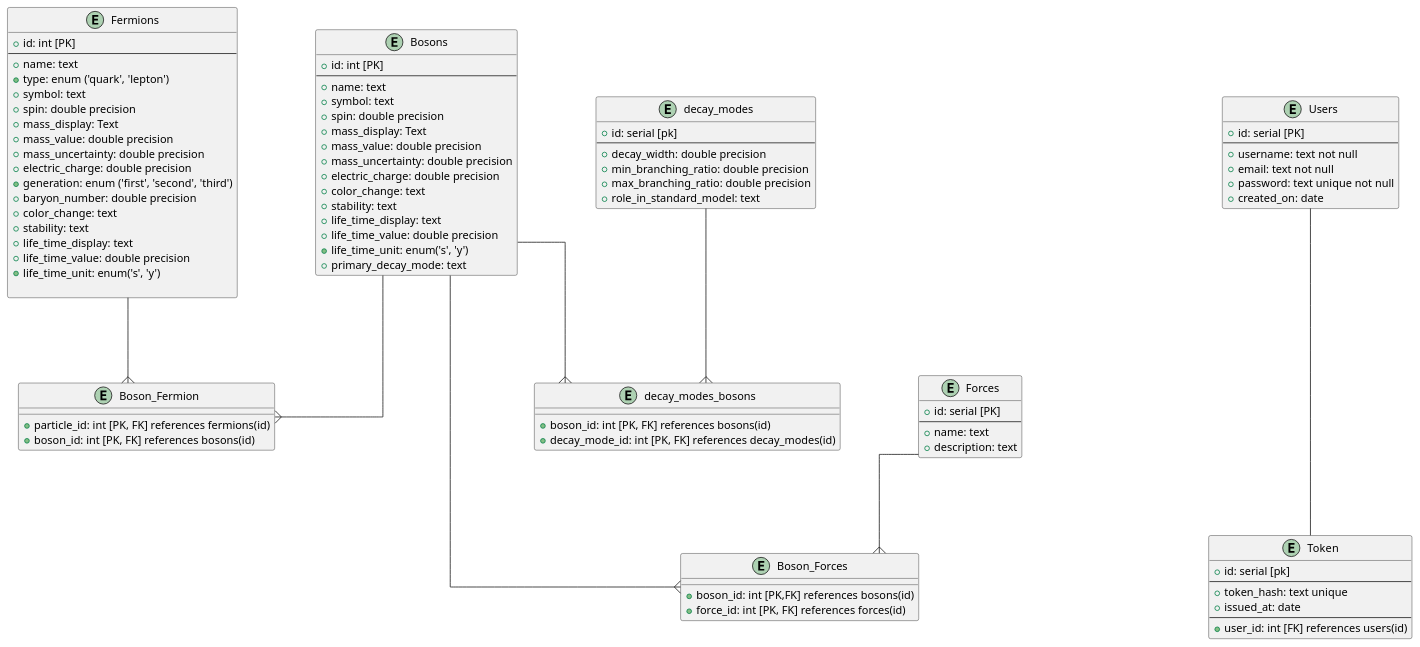
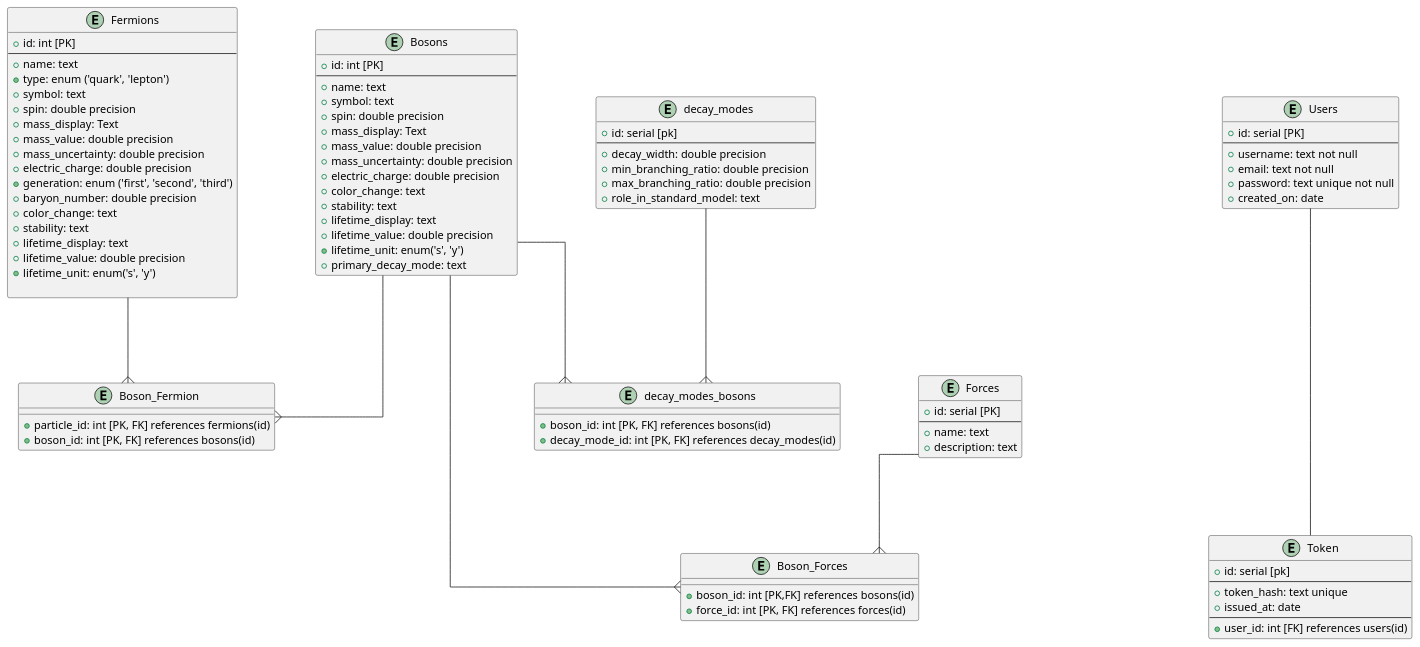
One commit to therakius/particles-api changed the diagram in particles-erd.puml. Above: the diagram before and after it, drawn with PlantUML.

Commit message:
fixed typo in lifetime

```diff
--- a/particles-erd.puml
+++ b/particles-erd.puml
@@ -1,113 +1,113 @@
 @startuml particles_database
 skinparam {
     Nodesep 100
     Ranksep 100
     Linetype ortho
 }
 
 skinparam entity {
     BackgroundColor LightBlue
     FontSize 14
     ArrowThickness 1
 }
 
 entity "Fermions" as fermions {
     +id: int [PK]
     --
     +name: text
     +type: enum ('quark', 'lepton')
     +symbol: text
     +spin: double precision
     +mass_display: Text
     +mass_value: double precision
     +mass_uncertainty: double precision
     +electric_charge: double precision
     +generation: enum ('first', 'second', 'third')
     +baryon_number: double precision
     +color_change: text
     +stability: text
-    +life_time_display: text
-    +life_time_value: double precision
-    +life_time_unit: enum('s', 'y')
+    +lifetime_display: text
+    +lifetime_value: double precision
+    +lifetime_unit: enum('s', 'y')
 
 }
 
 entity "Bosons" as bosons {
     +id: int [PK]
     --
     +name: text
     +symbol: text
     +spin: double precision
     +mass_display: Text
     +mass_value: double precision
     +mass_uncertainty: double precision
     +electric_charge: double precision
     +color_change: text
     +stability: text
-    +life_time_display: text
-    +life_time_value: double precision
-    +life_time_unit: enum('s', 'y')
+    +lifetime_display: text
+    +lifetime_value: double precision
+    +lifetime_unit: enum('s', 'y')
     +primary_decay_mode: text
 }
 
 entity "Forces" as forces {
     +id: serial [PK]
     --
     +name: text
     +description: text
 }
 
 entity decay_modes {
     +id: serial [pk]
     --
     +decay_width: double precision
     +min_branching_ratio: double precision
     +max_branching_ratio: double precision
     +role_in_standard_model: text 
 }
 
 entity decay_modes_bosons {
     +boson_id: int [PK, FK] references bosons(id)
     +decay_mode_id: int [PK, FK] references decay_modes(id)
 }
 
 
 entity "Boson_Forces" as boson_forces {
     +boson_id: int [PK,FK] references bosons(id)
     +force_id: int [PK, FK] references forces(id)
 }
 
 entity "Boson_Fermion" as boson_fermion_interaction{
     +particle_id: int [PK, FK] references fermions(id)
     +boson_id: int [PK, FK] references bosons(id)
 }
 
 entity "Users" as users {
     +id: serial [PK]
     --
     +username: text not null
     +email: text not null
     +password: text unique not null
     +created_on: date
 }
 
 entity "Token" as tokens {
     +id: serial [pk]
     --
     +token_hash: text unique
     +issued_at: date
     --
     +user_id: int [FK] references users(id)
 }
 
 'relationships'
 
 fermions --{ boson_fermion_interaction
 bosons --{ boson_fermion_interaction
 bosons ---{ boson_forces
 forces --{ boson_forces
 users --- tokens
 decay_modes --{ decay_modes_bosons
 bosons --{ decay_modes_bosons
 
 @enduml
```
